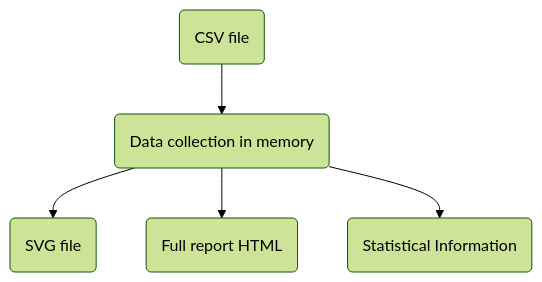
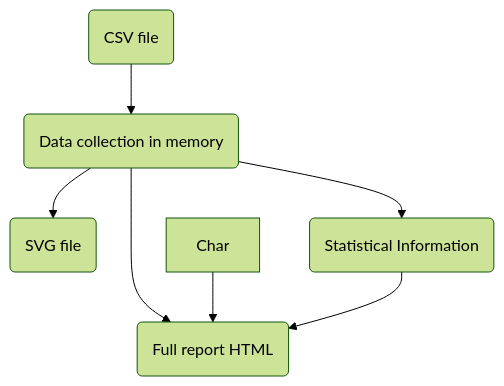
One commit to wolfangy/haskell changed the diagram in haskell-in-depth/ch03/ch3.md. Above: the diagram before and after it, drawn with Mermaid (forest theme).

````diff
--- a/haskell-in-depth/ch03/ch3.md
+++ b/haskell-in-depth/ch03/ch3.md
@@ -16,7 +16,9 @@
 ```mermaid
 graph TD;
     Input(CSV file) --> Data(Data collection in memory)
     Data --> Chart(SVG file)
     Data --> Report(Full report HTML)
     Data --> Info(Statistical Information)
+    Char --> Report
+    Info --> Report
 ```
````
